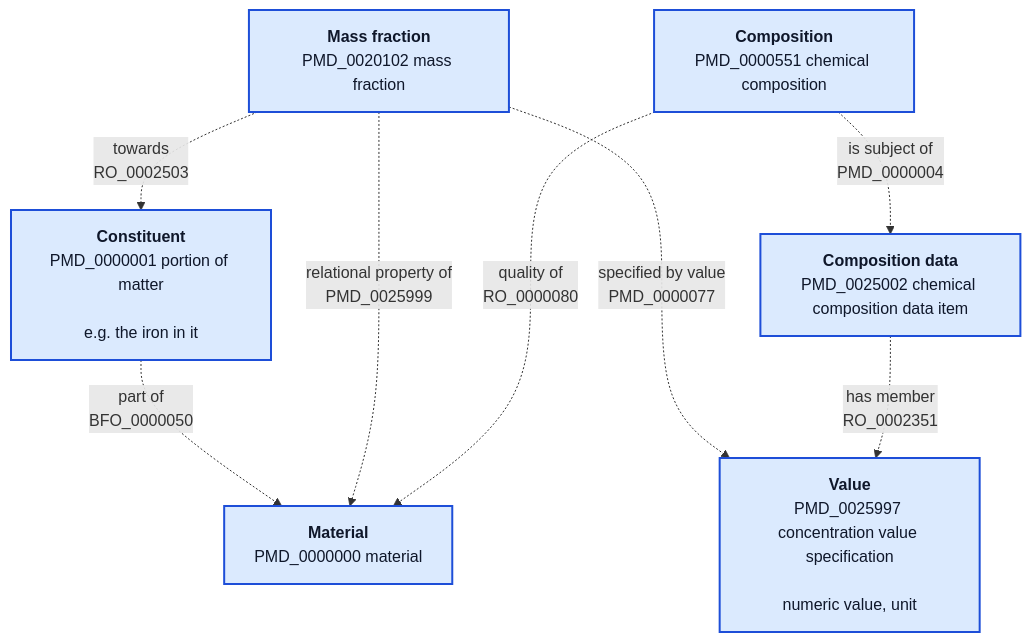
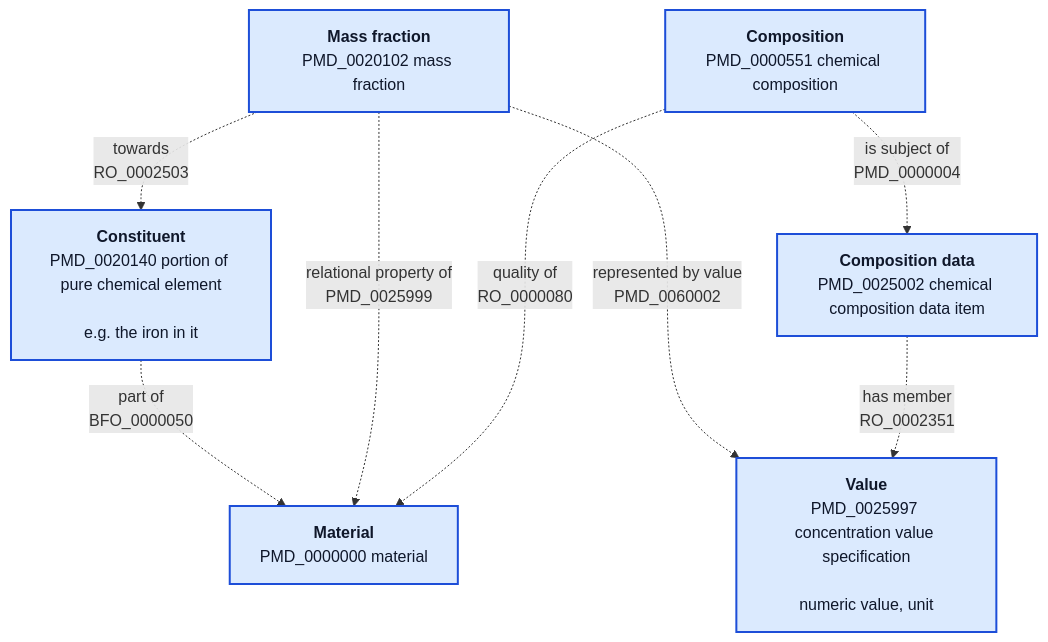
The diagram in web/patterns/chemical-composition.mmd (BAMresearch/mermantics), drawn with Mermaid before and after one commit. The commit also changed 8 other files, not shown here.

```diff
--- a/web/patterns/chemical-composition.mmd
+++ b/web/patterns/chemical-composition.mmd
@@ -1,22 +1,22 @@
 flowchart TB
 
 %% Chemical composition: The chemical composition of a material, as mass fractions of its constituents (for example 96.7 % iron), each with a value and a unit, collected in a composition data item.
 
     Material["<b>Material</b><br>PMD_0000000 material"]:::local
-    Constituent["<b>Constituent</b><br>PMD_0000001 portion of matter<br><br>e.g. the iron in it"]:::local
+    Constituent["<b>Constituent</b><br>PMD_0020140 portion of pure chemical element<br><br>e.g. the iron in it"]:::local
     Fraction["<b>Mass fraction</b><br>PMD_0020102 mass fraction"]:::local
     Value["<b>Value</b><br>PMD_0025997 concentration value specification<br><br>numeric value, unit"]:::local
     Composition["<b>Composition</b><br>PMD_0000551 chemical composition"]:::local
     CompositionData["<b>Composition data</b><br>PMD_0025002 chemical composition data item"]:::local
 
     Constituent -. "part of<br>BFO_0000050" .-> Material
     Fraction -. "relational property of<br>PMD_0025999" .-> Material
     Fraction -. "towards<br>RO_0002503" .-> Constituent
-    Fraction -. "specified by value<br>PMD_0000077" .-> Value
+    Fraction -. "represented by value<br>PMD_0060002" .-> Value
     Composition -. "quality of<br>RO_0000080" .-> Material
     Composition -. "is subject of<br>PMD_0000004" .-> CompositionData
     CompositionData -. "has member<br>RO_0002351" .-> Value
 
     classDef local fill:#dbeafe,stroke:#1d4ed8,stroke-width:2px,color:#0f172a
 
 %% mermantics-pattern {"id":"pmdco-chemical-composition","title":"Chemical composition","version":"0.1.0","description":"The chemical composition of a material, as mass fractions of its constituents (for example 96.7 % iron), each with a value and a unit, collected in a composition data item.","source":"Based on the PMDco patterns 'chemical composition' and 'fraction value specification' (https://github.com/materialdigital/core-ontology/tree/v3.1.2/patterns, CC BY 4.0), simplified for mermantics.","questions":["What is the chemical composition of this material?","What is the mass fraction of each constituent, and in which unit?"]}
```
